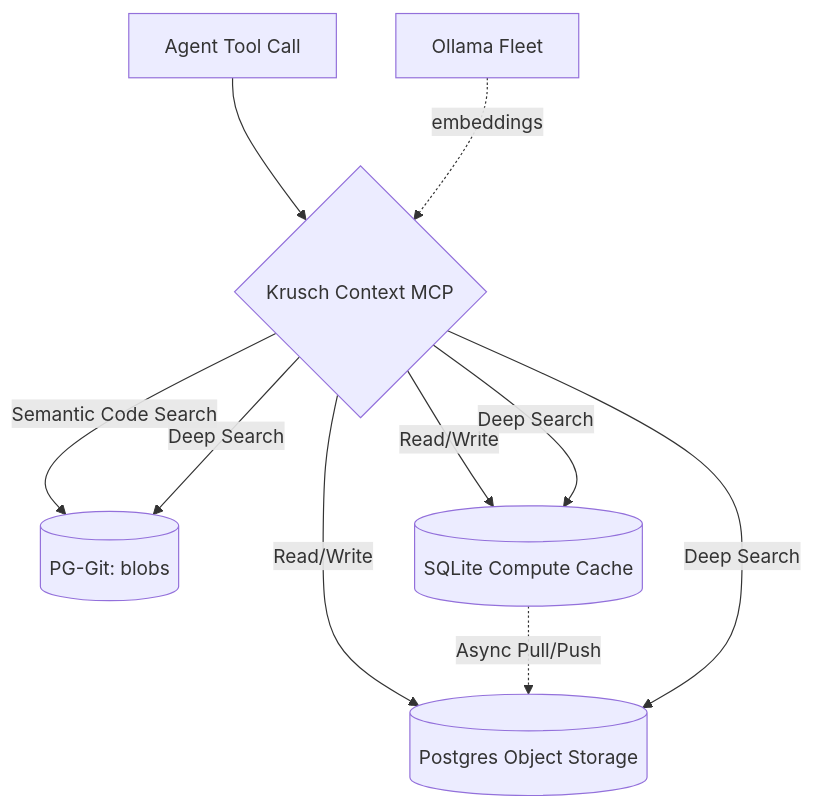
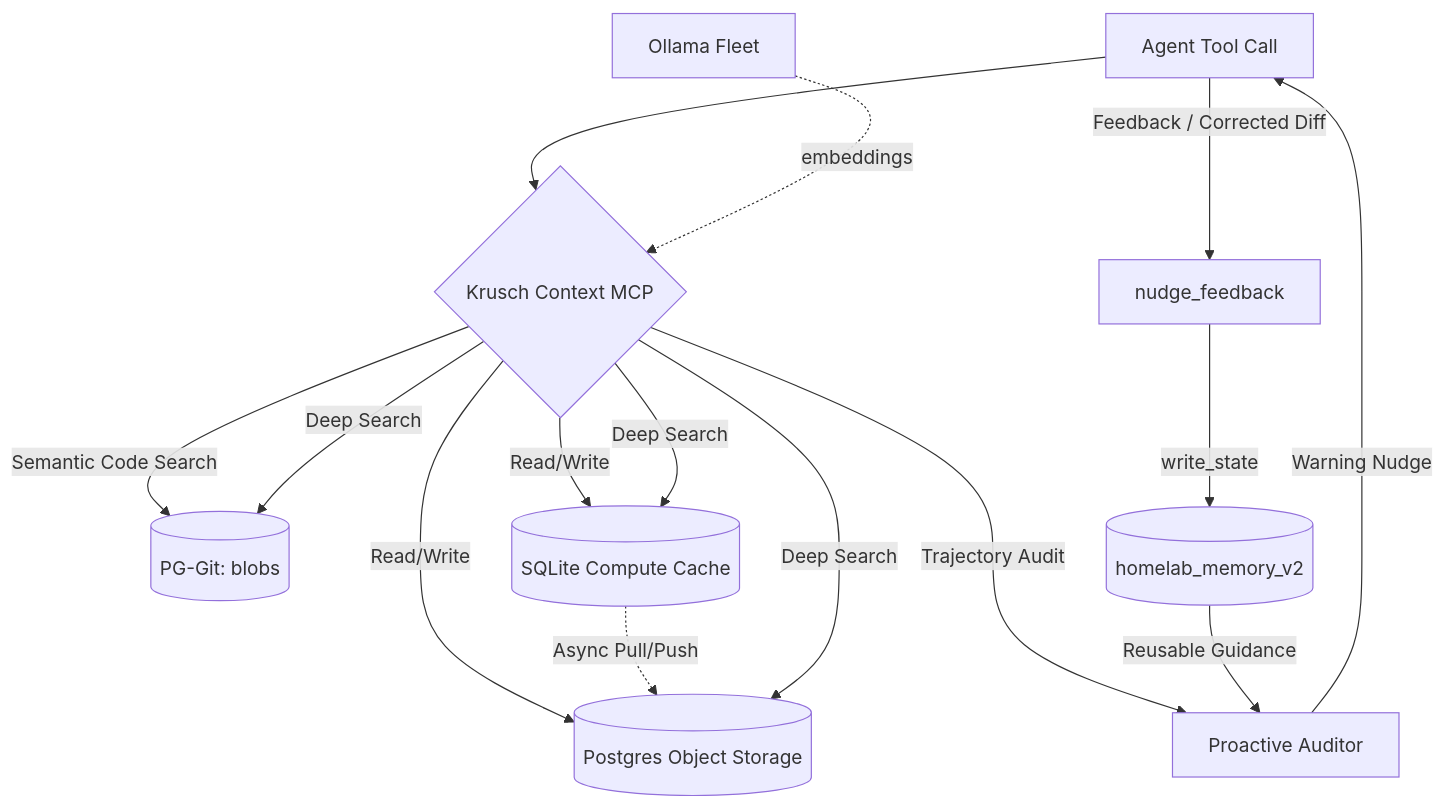
Before and after one commit to kruschdev/krusch-context-mcp: the diagram in README.md, drawn with Mermaid.

Commit message:
docs: update architecture diagram to include proactive auditor and feedback loop

````diff
--- a/README.md
+++ b/README.md
@@ -85,12 +85,20 @@
 ```mermaid
 graph TD;
     A[Agent Tool Call] --> B{Krusch Context MCP};
     B -- Semantic Code Search --> C[(PG-Git: blobs)];
     B -- Read/Write --> D[(SQLite Compute Cache)];
     B -- Read/Write --> E[(Postgres Object Storage)];
     D -. Async Pull/Push .-> E;
     B -- Deep Search --> C;
     B -- Deep Search --> D;
     B -- Deep Search --> E;
+    
+    %% Proactive Auditor & Direct-OPD Alignment Loop
+    B -- Trajectory Audit --> G[Proactive Auditor];
+    G -- Warning Nudge --> A;
+    A -- Feedback / Corrected Diff --> H[nudge_feedback];
+    H -- write_state --> I[(homelab_memory_v2)];
+    I -- Reusable Guidance --> G;
+    
     F[Ollama Fleet] -. embeddings .-> B;
 ```
````
